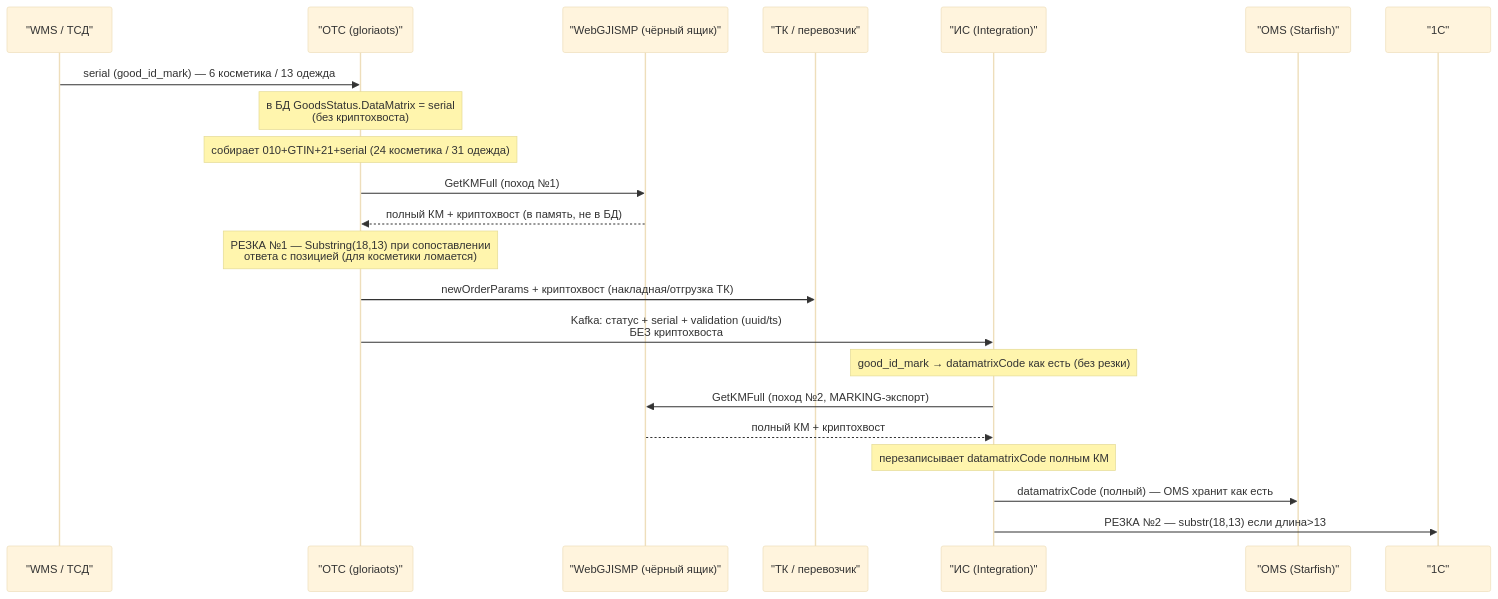
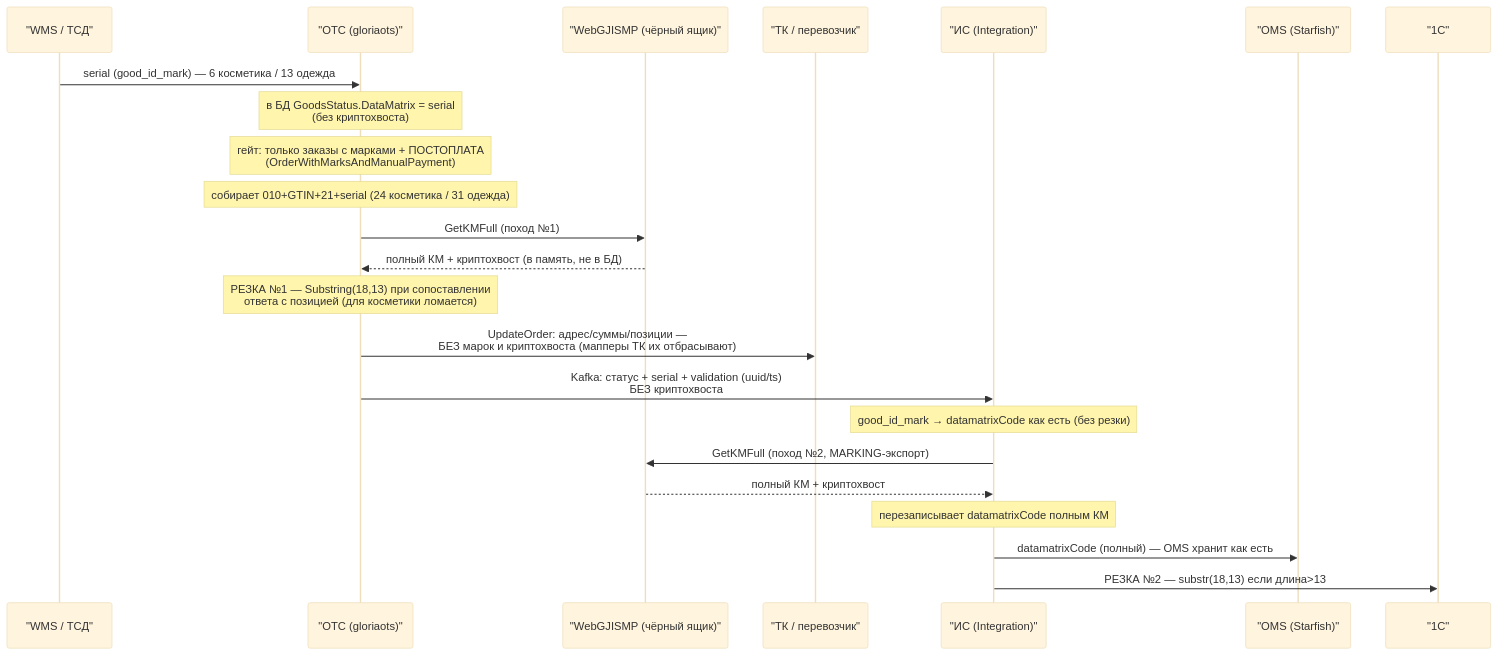
Before and after one commit to AntonovAleksandr/orchestration_fraimwork: the diagram in docs/research/2026-07-01-beauty-marking-process.md, drawn with Mermaid (base theme). The commit also changed other lines of this file and 3 other files, not shown here.

First line of the commit message:
docs: ARM/SFS marking research + fix marking flow facts (no marks to TK, YooKassa receipt)

````diff
--- a/docs/research/2026-07-01-beauty-marking-process.md
+++ b/docs/research/2026-07-01-beauty-marking-process.md
@@ -38,25 +39,26 @@
 ```mermaid
 sequenceDiagram
     participant WMS as "WMS / ТСД"
     participant OTS as "ОТС (gloriaots)"
     participant WEB as "WebGJISMP (чёрный ящик)"
     participant TK as "ТК / перевозчик"
     participant IS as "ИС (Integration)"
     participant OMS as "OMS (Starfish)"
     participant ONEC as "1С"
 
     WMS->>OTS: serial (good_id_mark) — 6 косметика / 13 одежда
     Note over OTS: в БД GoodsStatus.DataMatrix = serial<br/>(без криптохвоста)
+    Note over OTS: гейт: только заказы с марками + ПОСТОПЛАТА<br/>(OrderWithMarksAndManualPayment)
     Note over OTS: собирает 010+GTIN+21+serial (24 косметика / 31 одежда)
     OTS->>WEB: GetKMFull (поход №1)
     WEB-->>OTS: полный КМ + криптохвост (в память, не в БД)
     Note over OTS: РЕЗКА №1 — Substring(18,13) при сопоставлении<br/>ответа с позицией (для косметики ломается)
-    OTS->>TK: newOrderParams + криптохвост (накладная/отгрузка ТК)
+    OTS->>TK: UpdateOrder: адрес/суммы/позиции —<br/>БЕЗ марок и криптохвоста (мапперы ТК их отбрасывают)
     OTS->>IS: Kafka: статус + serial + validation (uuid/ts)<br/>БЕЗ криптохвоста
     Note over IS: good_id_mark → datamatrixCode как есть (без резки)
     IS->>WEB: GetKMFull (поход №2, MARKING-экспорт)
     WEB-->>IS: полный КМ + криптохвост
     Note over IS: перезаписывает datamatrixCode полным КМ
     IS->>OMS: datamatrixCode (полный) — OMS хранит как есть
     IS->>ONEC: РЕЗКА №2 — substr(18,13) если длина>13
 ```
````
